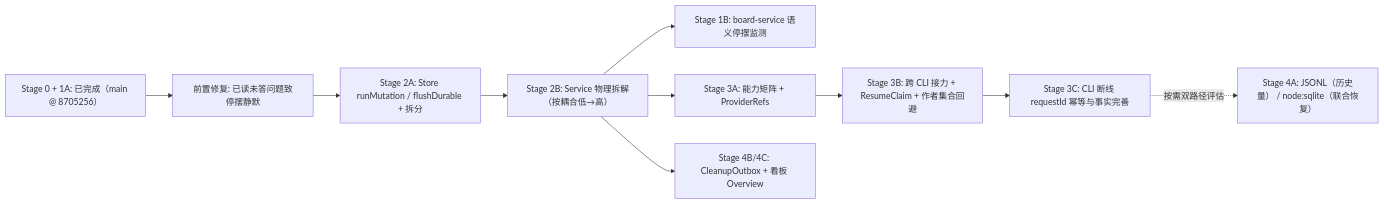
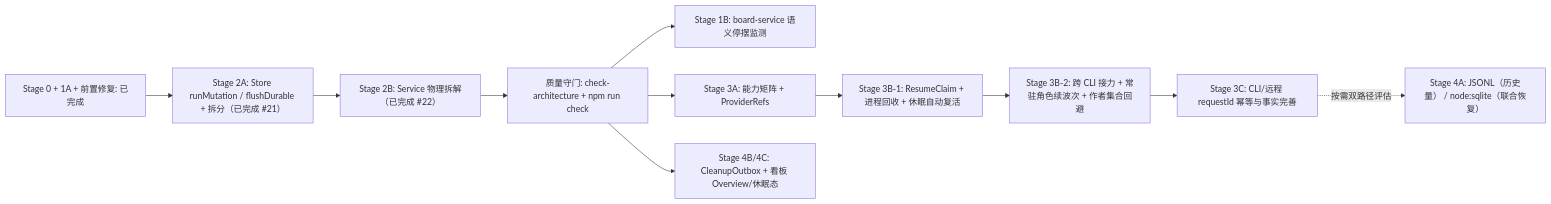
One commit to AhakeyAI/ahastudio changed the diagram in docs/orchestration-upgrade-roadmap.md. Above: the diagram before and after it, drawn with Mermaid. The commit also changed other lines of this file, not shown here.

First line of the commit message:
docs(orchestration): roadmap v7 with dormant resident workers and remote-control guardrails

````diff
--- a/docs/orchestration-upgrade-roadmap.md
+++ b/docs/orchestration-upgrade-roadmap.md
@@ -65,12 +69,13 @@
 ```mermaid
 flowchart LR
-    S0["Stage 0 + 1A: 已完成（main @ 8705256）"] --> SF["前置修复: 已读未答问题致停摆静默"]
-    SF --> S2A["Stage 2A: Store runMutation / flushDurable + 拆分"]
-    S2A --> S2B["Stage 2B: Service 物理拆解（按耦合低→高）"]
-    S2B --> S1B["Stage 1B: board-service 语义停摆监测"]
-    S2B --> S3A["Stage 3A: 能力矩阵 + ProviderRefs"]
-    S2B --> S4BC["Stage 4B/4C: CleanupOutbox + 看板 Overview"]
-    S3A --> S3B["Stage 3B: 跨 CLI 接力 + ResumeClaim + 作者集合回避"]
-    S3B --> S3C["Stage 3C: CLI 断线 requestId 幂等与事实完善"]
+    S0["Stage 0 + 1A + 前置修复: 已完成"] --> S2A["Stage 2A: Store runMutation / flushDurable + 拆分（已完成 #21）"]
+    S2A --> S2B["Stage 2B: Service 物理拆解（已完成 #22）"]
+    S2B --> QG["质量守门: check-architecture + npm run check"]
+    QG --> S1B["Stage 1B: board-service 语义停摆监测"]
+    QG --> S3A["Stage 3A: 能力矩阵 + ProviderRefs"]
+    QG --> S4BC["Stage 4B/4C: CleanupOutbox + 看板 Overview/休眠态"]
+    S3A --> S3B1["Stage 3B-1: ResumeClaim + 进程回收 + 休眠自动复活"]
+    S3B1 --> S3B2["Stage 3B-2: 跨 CLI 接力 + 常驻角色续波次 + 作者集合回避"]
+    S3B2 --> S3C["Stage 3C: CLI/远程 requestId 幂等与事实完善"]
     S3C -. "按需双路径评估" .-> S4A["Stage 4A: JSONL（历史量） / node:sqlite（联合恢复）"]
 ```
````
